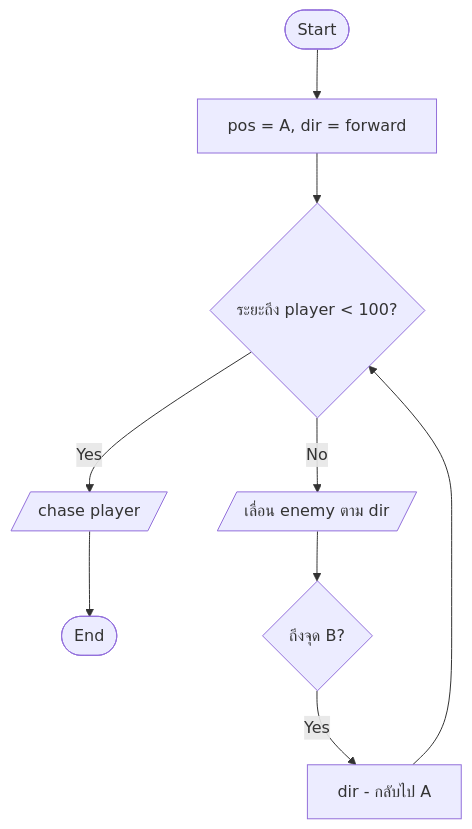
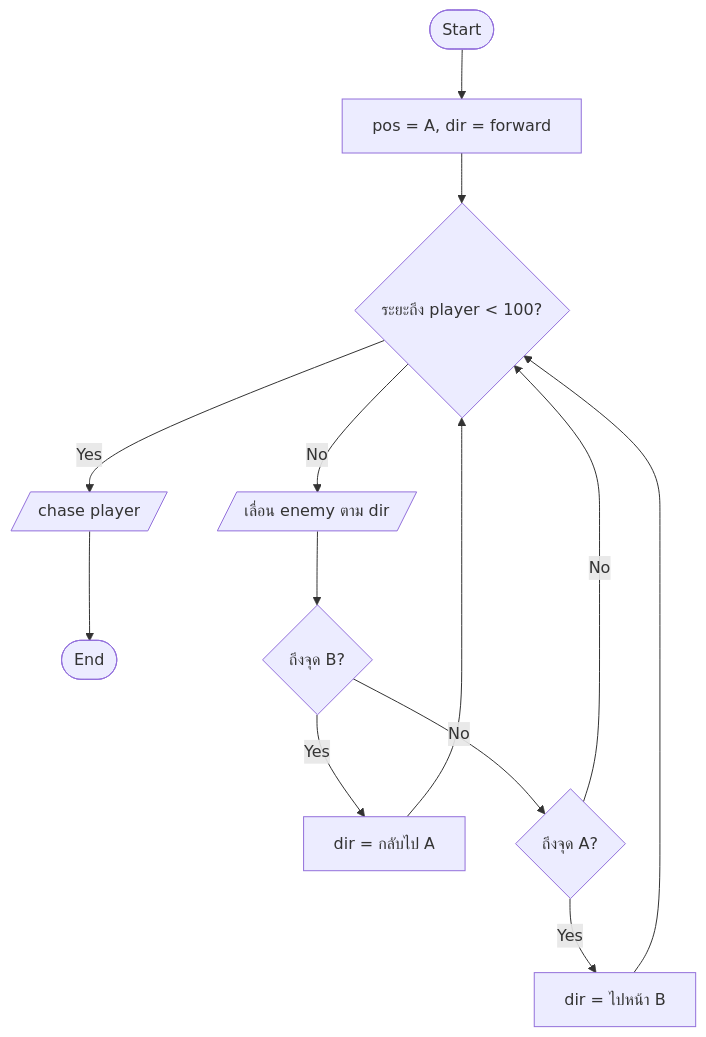
One commit to phummiphat07/DG111_161 changed the third of 3 diagrams in week_02/ex03_game_algorithm.md. Above: the diagram before and after it, drawn with Mermaid.

Commit message:
Fix mermaid diagram formatting in game algorithm

````diff
--- a/week_02/ex03_game_algorithm.md
+++ b/week_02/ex03_game_algorithm.md
@@ -31,18 +30,23 @@
 ```mermaid
 flowchart TD
-Start([Start]) 
- --> a["pos = A, dir = forward"]
+Start([Start])
+--> a["pos = A, dir = forward"]
 --> D1{ระยะถึง player < 100?}
 D1 -->|Yes| Win[/chase player/]
 --> End([End])
 D1 -->|No| Show[/เลื่อน enemy ตาม dir/]
 --> D2{ถึงจุด B?}
- -->|Yes| D["dir - กลับไป A"]
-D-->D1
+D2 -->|Yes| D["dir = กลับไป A"]
+D --> D1
+D2 -->|No| D3{ถึงจุด A?}
+D3 -->|No| D1
+D3 -->|Yes| E["dir = ไปหน้า B"]
+E --> D1
+
 
 
 
  
 
 
 ```
````
